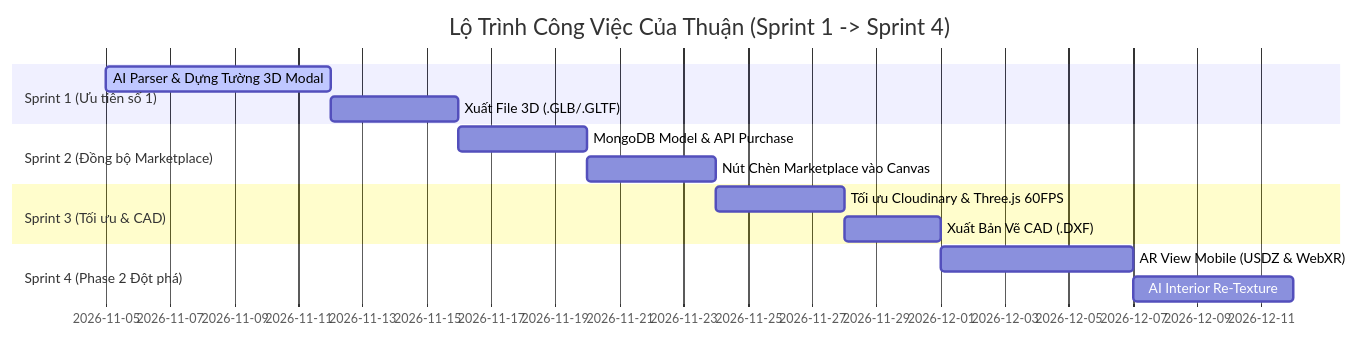
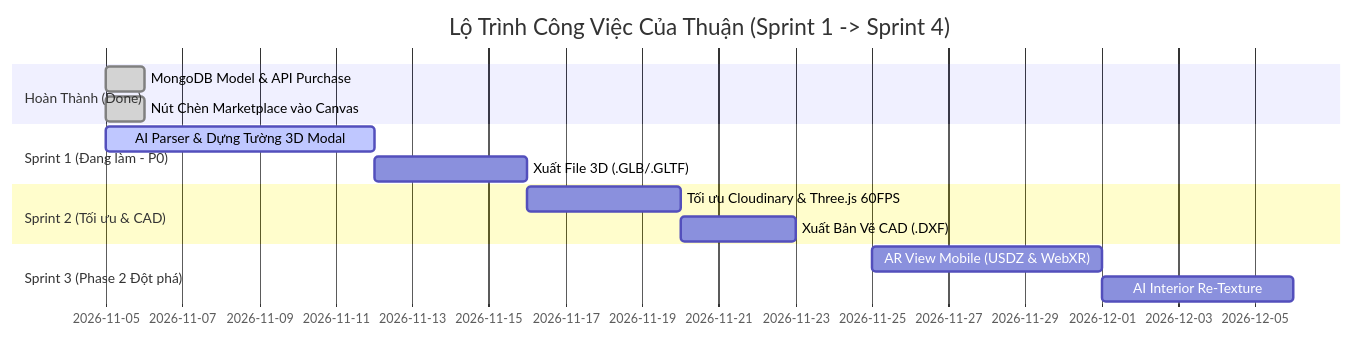
The second of 2 diagrams in THUAN_USER_STORIES.md (Goncodex911/PickMe3DPlatform), drawn with Mermaid before and after one commit. The commit also changed other lines of this file and 5 other files, not shown here.

Commit message:
feat: toi uu phan tich UI marketplace va ho tro tuong tac truc tiep animation tren Canvas Editor

````diff
--- a/THUAN_USER_STORIES.md
+++ b/THUAN_USER_STORIES.md
@@ -220,17 +221,17 @@
 ```mermaid
 gantt
     title Lộ Trình Công Việc Của Thuận (Sprint 1 -> Sprint 4)
     dateFormat  YYYY-MM-DD
-    section Sprint 1 (Ưu tiên số 1)
+    section Hoàn Thành (Done)
+    MongoDB Model & API Purchase           :done, sp2_1, 2026-11-05, 1d
+    Nút Chèn Marketplace vào Canvas       :done, sp2_2, 2026-11-05, 1d
+    section Sprint 1 (Đang làm - P0)
     AI Parser & Dựng Tường 3D Modal       :active, sp1_1, 2026-11-05, 7d
     Xuất File 3D (.GLB/.GLTF)              :sp1_2, after sp1_1, 4d
-    section Sprint 2 (Đồng bộ Marketplace)
-    MongoDB Model & API Purchase           :sp2_1, 2026-11-16, 4d
-    Nút Chèn Marketplace vào Canvas       :sp2_2, after sp2_1, 4d
-    section Sprint 3 (Tối ưu & CAD)
-    Tối ưu Cloudinary & Three.js 60FPS    :sp3_1, 2026-11-24, 4d
+    section Sprint 2 (Tối ưu & CAD)
+    Tối ưu Cloudinary & Three.js 60FPS    :sp3_1, 2026-11-16, 4d
     Xuất Bản Vẽ CAD (.DXF)                 :sp3_2, after sp3_1, 3d
-    section Sprint 4 (Phase 2 Đột phá)
-    AR View Mobile (USDZ & WebXR)         :sp4_1, 2026-12-01, 6d
+    section Sprint 3 (Phase 2 Đột phá)
+    AR View Mobile (USDZ & WebXR)         :sp4_1, 2026-11-25, 6d
     AI Interior Re-Texture                 :sp4_2, after sp4_1, 5d
 ```
````
